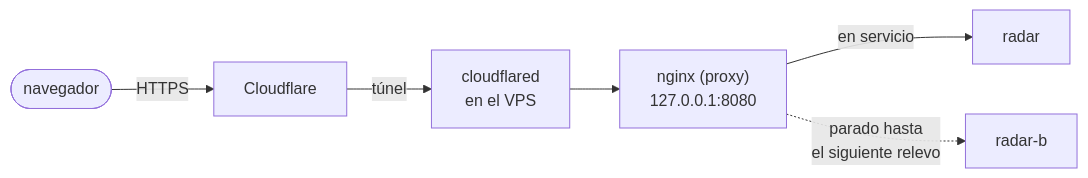
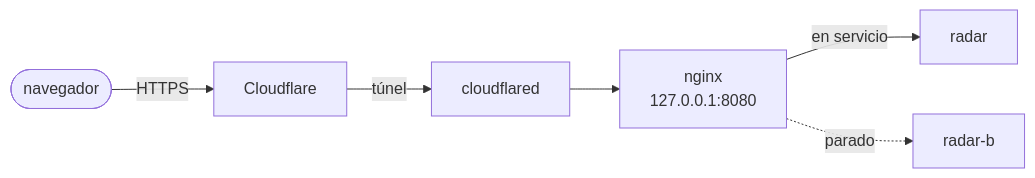
The first of 2 diagrams in docs/despliegue.md (FlorinTodor/radar-es), drawn with Mermaid before and after one commit. The commit also changed other lines of this file and 1 other file, not shown here.

Commit message:
Diagramas legibles en GitHub: en vertical y con textos cortos (no se cortan ni se encogen); la arquitectura, en capas con una tabla de lo que hay en cada una

````diff
--- a/docs/despliegue.md
+++ b/docs/despliegue.md
@@ -6,8 +6,8 @@
 ```mermaid
 flowchart LR
   nav(["navegador"]) -->|"HTTPS"| cf["Cloudflare"]
-  cf -->|"túnel"| cfd["cloudflared<br/>en el VPS"]
-  cfd --> ngx["nginx (proxy)<br/>127.0.0.1:8080"]
+  cf -->|"túnel"| cfd["cloudflared"]
+  cfd --> ngx["nginx<br/>127.0.0.1:8080"]
   ngx -->|"en servicio"| r1["radar"]
-  ngx -.->|"parado hasta<br/>el siguiente relevo"| r2["radar-b"]
+  ngx -.->|"parado"| r2["radar-b"]
 ```
````
